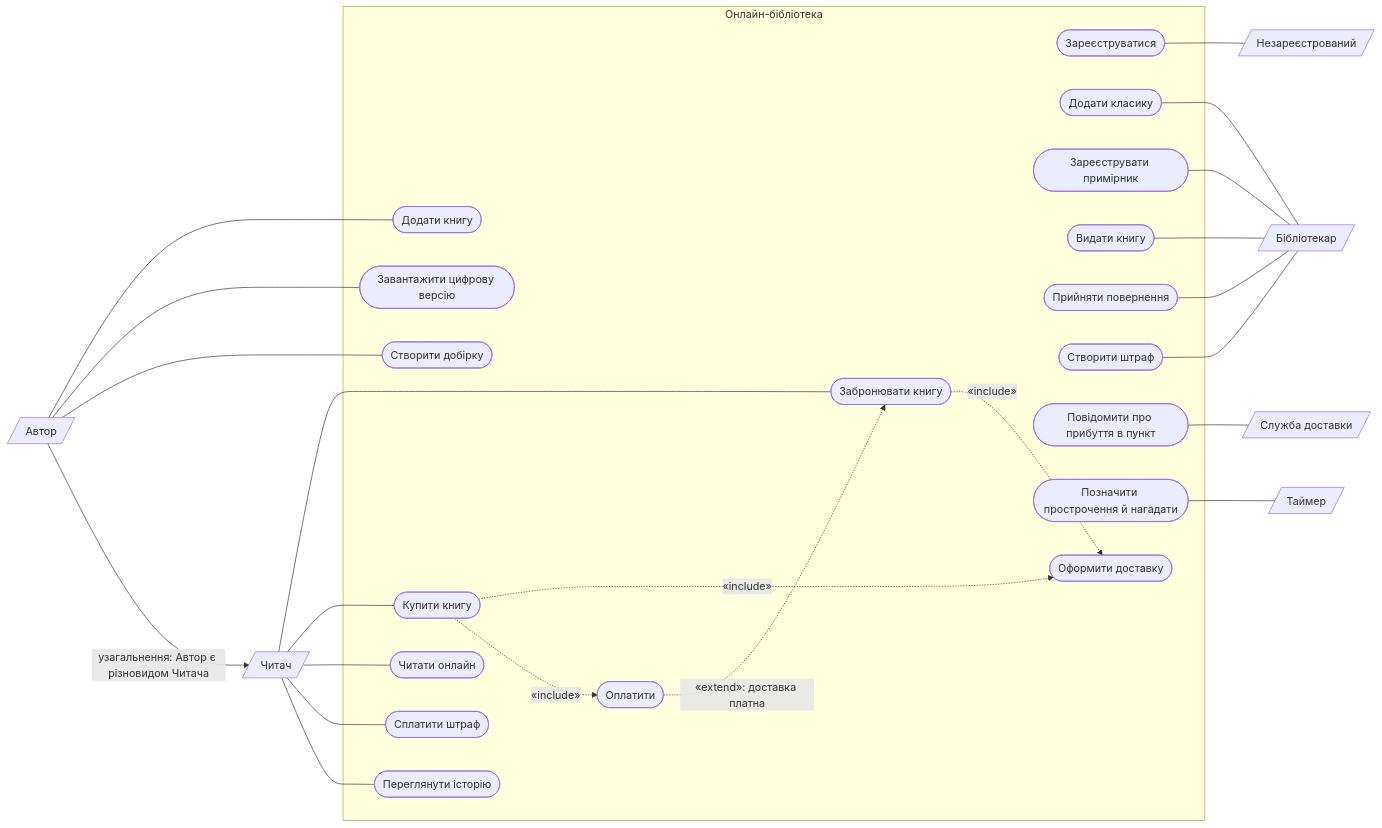
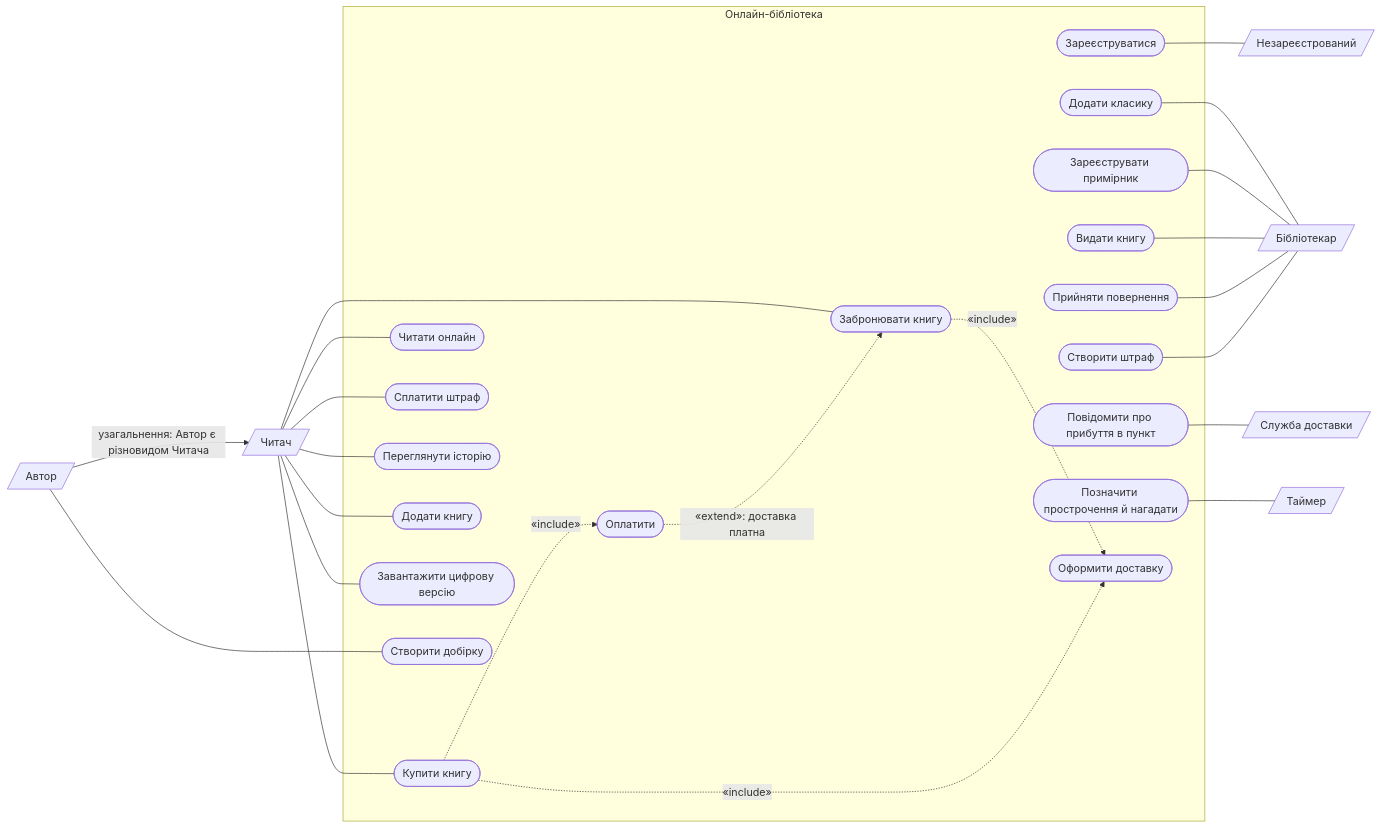
Before and after one commit to Alina-Sit/kpi: the diagram in lab-2/spec.md, drawn with Mermaid. The commit also changed other lines of this file and 5 other files, not shown here.

````diff
--- a/lab-2/spec.md
+++ b/lab-2/spec.md
@@ -23,58 +23,58 @@
 ```mermaid
 flowchart LR
     Unreg[/"Незареєстрований"/]
     Reader[/"Читач"/]
     Author[/"Автор"/]
     Librarian[/"Бібліотекар"/]
     Delivery[/"Служба доставки"/]
     Timer[/"Таймер"/]
 
     subgraph System["Онлайн-бібліотека"]
         Register(["Зареєструватися"])
 
-        Book(["Забронювати книгу"])
+        ReserveBook(["Забронювати книгу"])
         Buy(["Купити книгу"])
         Read(["Читати онлайн"])
         PayFine(["Сплатити штраф"])
         History(["Переглянути історію"])
 
         AddBook(["Додати книгу"])
         Upload(["Завантажити цифрову версію"])
         Collection(["Створити добірку"])
 
         Classic(["Додати класику"])
         RegCopy(["Зареєструвати примірник"])
         Issue(["Видати книгу"])
         Return(["Прийняти повернення"])
         Fine(["Створити штраф"])
 
         Arrive(["Повідомити про прибуття в пункт"])
         Overdue(["Позначити прострочення й нагадати"])
 
         Deliver(["Оформити доставку"])
         Pay(["Оплатити"])
     end
 
     Register --- Unreg
-    Reader --- Book
+    Reader --- ReserveBook
     Reader --- Buy
     Reader --- Read
     Reader --- PayFine
     Reader --- History
-    Author --- AddBook
-    Author --- Upload
+    Reader --- AddBook
+    Reader --- Upload
     Author --- Collection
     Author -->|"узагальнення: Автор є різновидом Читача"| Reader
     Classic --- Librarian
     RegCopy --- Librarian
     Issue --- Librarian
     Return --- Librarian
     Fine --- Librarian
     Arrive --- Delivery
     Overdue --- Timer
 
-    Book -.->|"«include»"| Deliver
+    ReserveBook -.->|"«include»"| Deliver
     Buy -.->|"«include»"| Deliver
     Buy -.->|"«include»"| Pay
-    Pay -.->|"«extend»: доставка платна"| Book
+    Pay -.->|"«extend»: доставка платна"| ReserveBook
 ```
````
